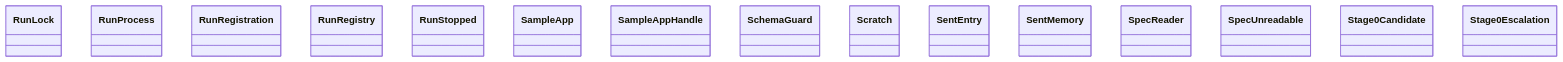
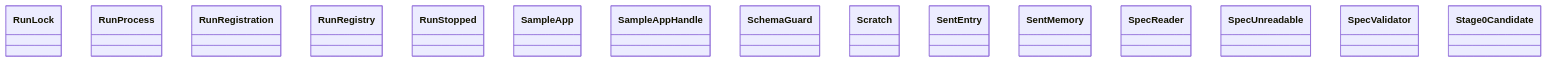
Before and after one commit to GonzaloZevallos/agentic-system: the diagram in docs/architecture/generated/classes-process-application-support-5.md, drawn with Mermaid. The commit also changed 26 other files, not shown here.

First line of the commit message:
Add the unwired spec seam: SpecValidator port, spec_refusal key and route helpers

````diff
--- a/docs/architecture/generated/classes-process-application-support-5.md
+++ b/docs/architecture/generated/classes-process-application-support-5.md
@@ -19,18 +19,18 @@
 ```mermaid
 classDiagram
     class ports__RunLock["RunLock"]
     class ports__RunProcess["RunProcess"]
     class ports__RunRegistration["RunRegistration"]
     class ports__RunRegistry["RunRegistry"]
     class ports__RunStopped["RunStopped"]
     class ports__SampleApp["SampleApp"]
     class ports__SampleAppHandle["SampleAppHandle"]
     class ports__SchemaGuard["SchemaGuard"]
     class ports__Scratch["Scratch"]
     class ports__SentEntry["SentEntry"]
     class ports__SentMemory["SentMemory"]
     class ports__SpecReader["SpecReader"]
     class ports__SpecUnreadable["SpecUnreadable"]
+    class ports__SpecValidator["SpecValidator"]
     class ports__Stage0Candidate["Stage0Candidate"]
-    class ports__Stage0Escalation["Stage0Escalation"]
 ```
````
